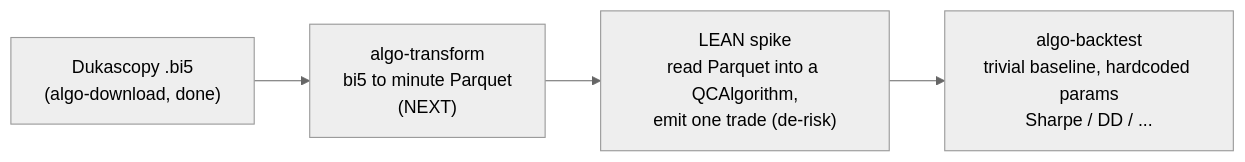
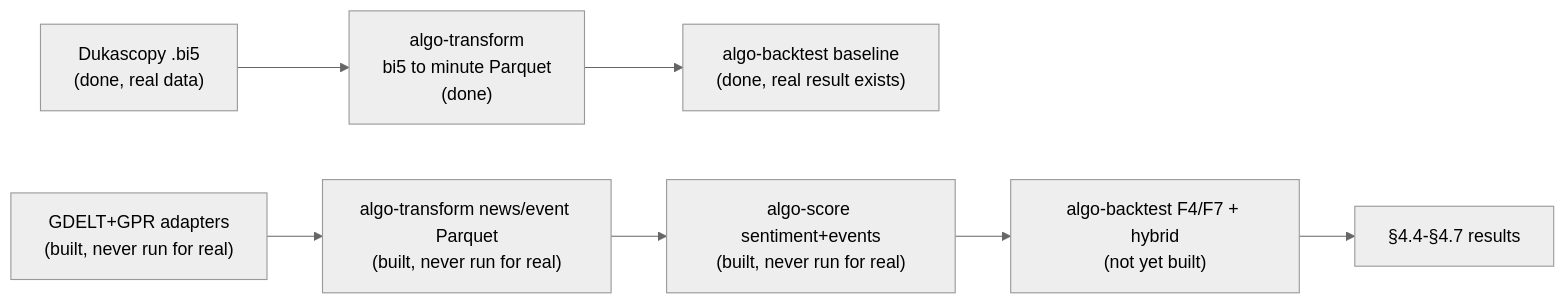
Before and after one commit to wbsouza/mba-icmc: the diagram in algo-suite/docs/ch04-deliverables.md, drawn with Mermaid (neutral theme). The commit also changed other lines of this file and 5 other files, not shown here.

````diff
--- a/algo-suite/docs/ch04-deliverables.md
+++ b/algo-suite/docs/ch04-deliverables.md
@@ -26,6 +38,9 @@
 ```mermaid
 flowchart LR
-    A["Dukascopy .bi5<br/>(algo-download, done)"] --> B["algo-transform<br/>bi5 to minute Parquet<br/>(NEXT)"]
-    B --> C["LEAN spike<br/>read Parquet into a QCAlgorithm,<br/>emit one trade (de-risk)"]
-    C --> D["algo-backtest<br/>trivial baseline, hardcoded params<br/>Sharpe / DD / ..."]
+    A["Dukascopy .bi5<br/>(done, real data)"] --> B["algo-transform<br/>bi5 to minute Parquet<br/>(done)"]
+    B --> C["algo-backtest baseline<br/>(done, real result exists)"]
+    D["GDELT+GPR adapters<br/>(built, never run for real)"] --> E["algo-transform news/event Parquet<br/>(built, never run for real)"]
+    E --> F["algo-score sentiment+events<br/>(built, never run for real)"]
+    F --> G["algo-backtest F4/F7 + hybrid<br/>(not yet built)"]
+    G --> H["§4.4-§4.7 results"]
 ```
````
